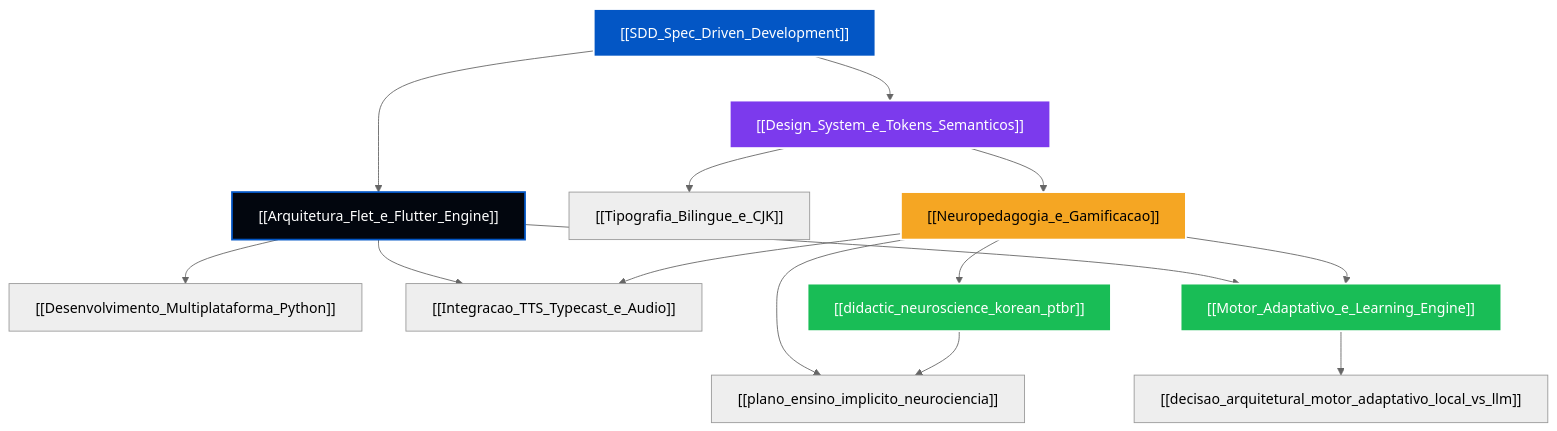
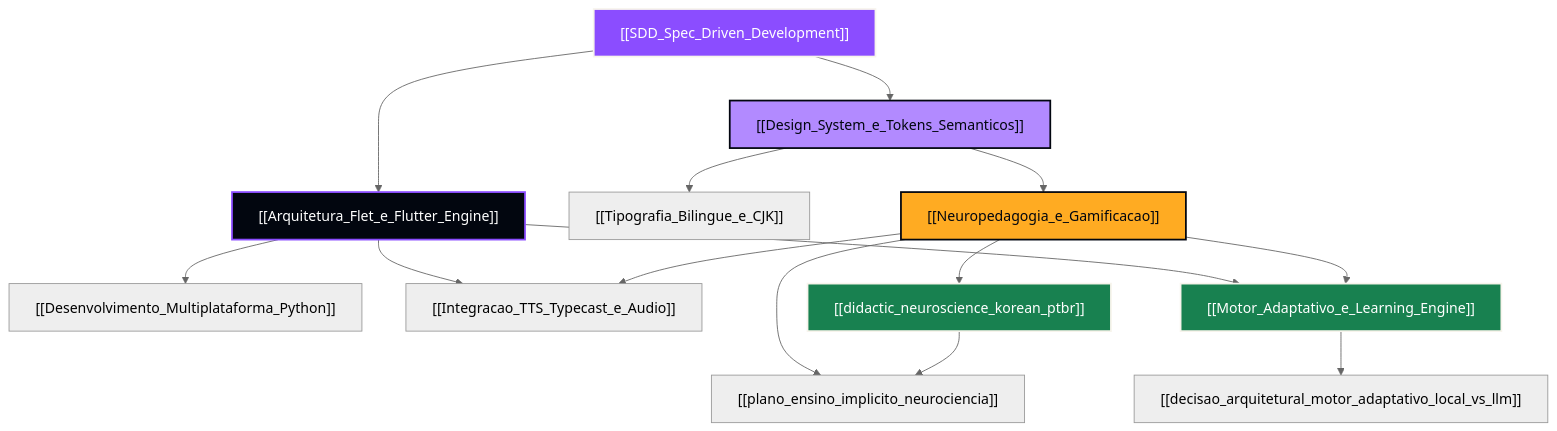
Before and after one commit to EvertonKaylon/sejong-companion: the diagram in Documentacao/Conceitos/INDICE_CONCEITOS.md, drawn with Mermaid (neutral theme). The commit also changed other lines of this file and 27 other files, not shown here.

Commit message:
docs(sync): atualizar Roadmap, Manual, Conceitos, links relativos portateis, BUG-13 e Changelog v0.3.9-alpha

````diff
--- a/Documentacao/Conceitos/INDICE_CONCEITOS.md
+++ b/Documentacao/Conceitos/INDICE_CONCEITOS.md
@@ -15,42 +15,42 @@
 ```mermaid
 graph TD
     %% Nós Principais de Conceitos
-    SDD["[[SDD_Spec_Driven_Development]]"] 
+    SDD["[[SDD_Spec_Driven_Development]]"]
     DS["[[Design_System_e_Tokens_Semanticos]]"]
     ARCH["[[Arquitetura_Flet_e_Flutter_Engine]]"]
     MULTI["[[Desenvolvimento_Multiplataforma_Python]]"]
     AUDIO["[[Integracao_TTS_Typecast_e_Audio]]"]
     TYPO["[[Tipografia_Bilingue_e_CJK]]"]
     NEURO["[[Neuropedagogia_e_Gamificacao]]"]
     ENGINE["[[Motor_Adaptativo_e_Learning_Engine]]"]
     DIDACTIC["[[didactic_neuroscience_korean_ptbr]]"]
     PLAN_IMP["[[plano_ensino_implicito_neurociencia]]"]
     ADR["[[decisao_arquitetural_motor_adaptativo_local_vs_llm]]"]
 
     %% Conexões Metodológicas e Arquiteturais
     SDD --> DS
     SDD --> ARCH
     ARCH --> MULTI
     ARCH --> AUDIO
     ARCH --> ENGINE
     ENGINE --> ADR
 
     %% Conexões de Design e UI/UX
     DS --> TYPO
     DS --> NEURO
 
     %% Conexões Pedagógicas e Neurocientíficas
     NEURO --> DIDACTIC
     NEURO --> PLAN_IMP
     DIDACTIC --> PLAN_IMP
     NEURO --> AUDIO
     NEURO --> ENGINE
 
-    %% Estilização do Grafo
-    style SDD fill:#0356C5,stroke:#fff,stroke-width:2px,color:#fff
-    style DS fill:#7C3AED,stroke:#fff,stroke-width:2px,color:#fff
-    style ARCH fill:#02060E,stroke:#0356C5,stroke-width:2px,color:#fff
-    style NEURO fill:#F5A623,stroke:#fff,stroke-width:2px,color:#000
-    style ENGINE fill:#19BD56,stroke:#fff,stroke-width:2px,color:#fff
-    style DIDACTIC fill:#19BD56,stroke:#fff,stroke-width:2px,color:#fff
+    %% Estilização do Grafo (Brand Book v3.1 — 60/20/12/8)
+    style SDD fill:#8B4DFF,stroke:#F7F4EC,stroke-width:2px,color:#FFFFFF
+    style DS fill:#B28AFF,stroke:#02060F,stroke-width:2px,color:#02060F
+    style ARCH fill:#02060F,stroke:#8B4DFF,stroke-width:2px,color:#FFFFFF
+    style NEURO fill:#FFAB22,stroke:#02060F,stroke-width:2px,color:#02060F
+    style ENGINE fill:#188150,stroke:#F7F4EC,stroke-width:2px,color:#FFFFFF
+    style DIDACTIC fill:#188150,stroke:#F7F4EC,stroke-width:2px,color:#FFFFFF
 ```
````
